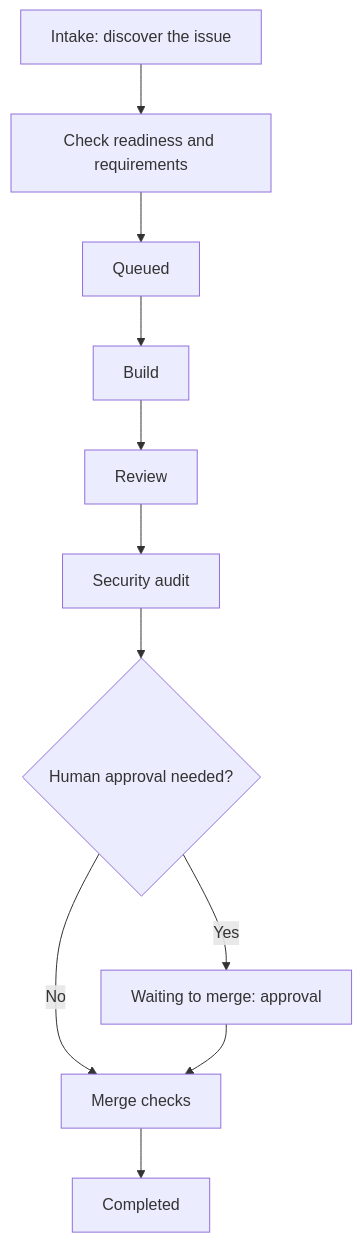
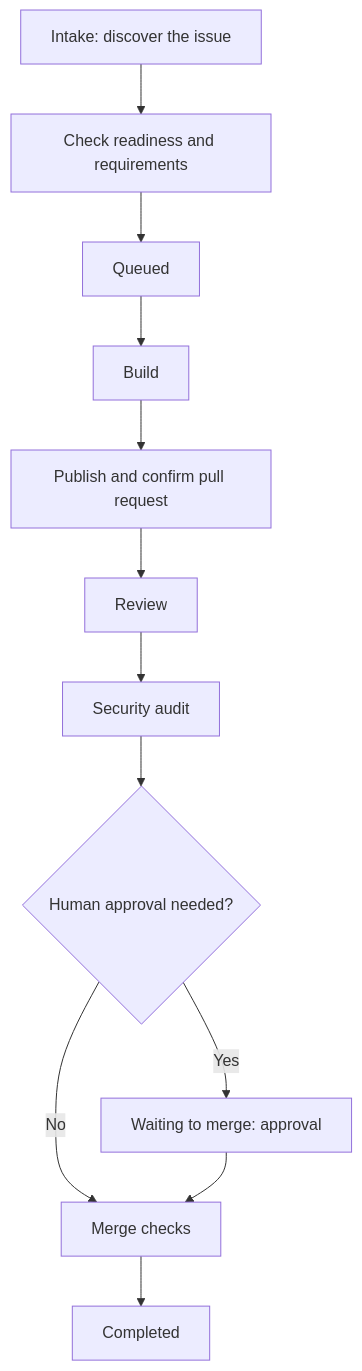
Before and after one commit to XRPL-Commons/forge: the first of 3 diagrams in docs/issue-state-machine.md, drawn with Mermaid. The commit also changed other lines of this file and 6 other files, not shown here.

````diff
--- a/docs/issue-state-machine.md
+++ b/docs/issue-state-machine.md
@@ -5,13 +5,14 @@
 ```mermaid
 flowchart TD
   I[Intake: discover the issue] --> T[Check readiness and requirements]
   T --> Q[Queued]
   Q --> B[Build]
-  B --> R[Review]
+  B --> Publish[Publish and confirm pull request]
+  Publish --> R[Review]
   R --> A[Security audit]
   A --> H{Human approval needed?}
   H -->|Yes| P[Waiting to merge: approval]
   H -->|No| M[Merge checks]
   P --> M
   M --> D[Completed]
 ```
````
